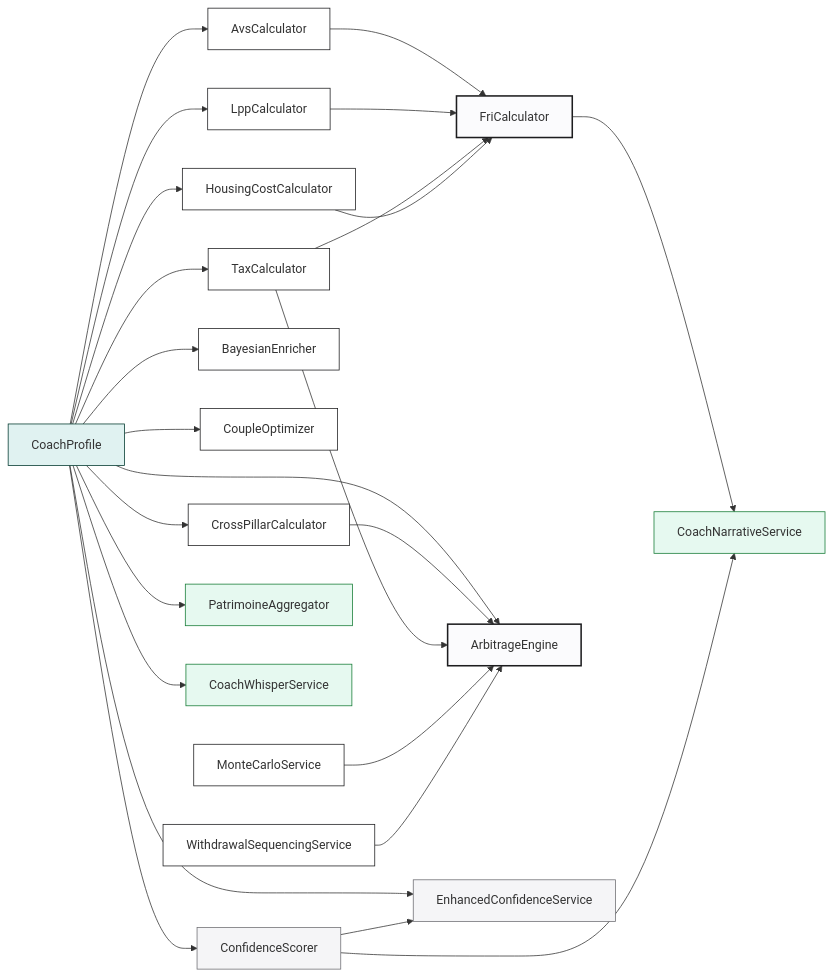
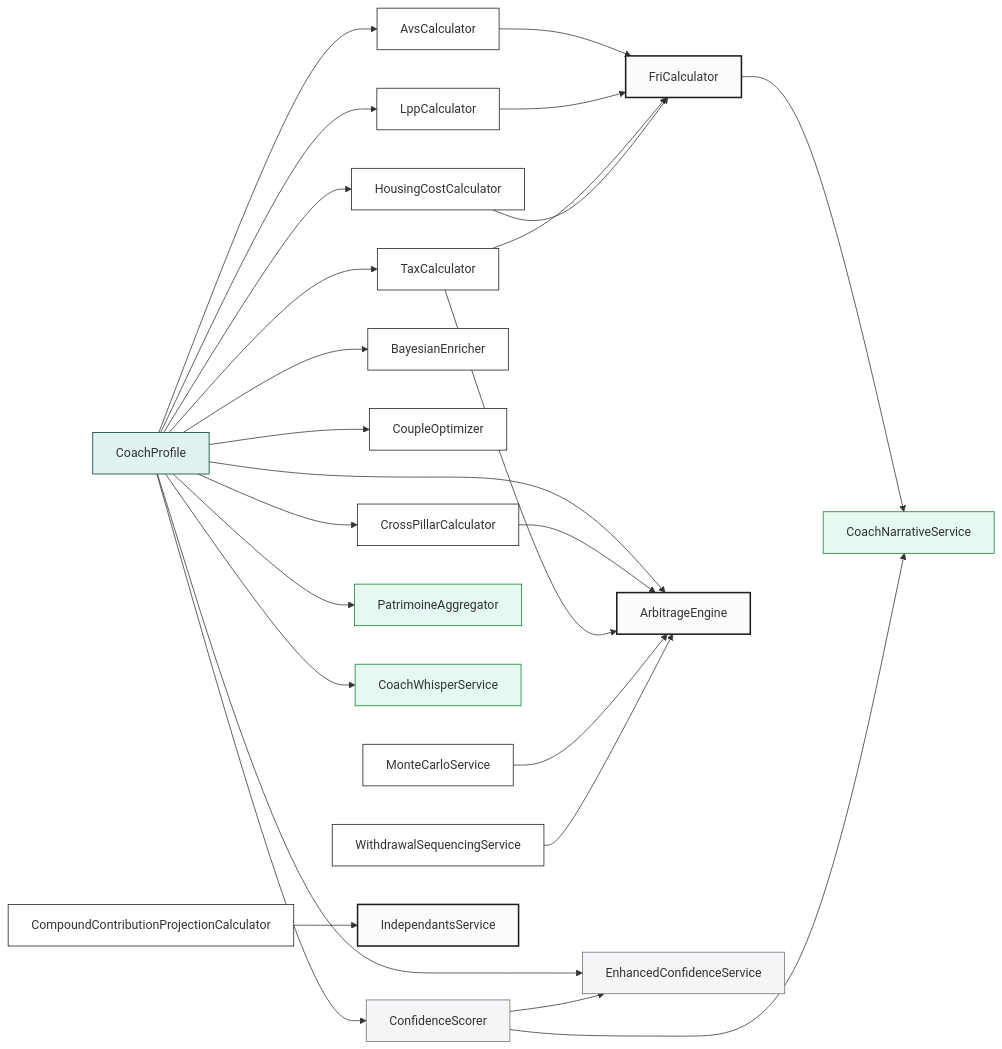
The diagram in docs/calculator-graph.md (MINT-IA/MINT), drawn with Mermaid before and after one commit. The commit also changed other lines of this file and 14 other files, not shown here.

````diff
--- a/docs/calculator-graph.md
+++ b/docs/calculator-graph.md
@@ -26,40 +26,41 @@
 ```mermaid
 flowchart LR
     PROFILE[CoachProfile]:::profile
 
     PROFILE --> AVS[AvsCalculator]:::calc
     PROFILE --> LPP[LppCalculator]:::calc
     PROFILE --> TAX[TaxCalculator]:::calc
     PROFILE --> HOUSING[HousingCostCalculator]:::calc
     PROFILE --> BAYESIAN[BayesianEnricher]:::calc
 
     AVS --> FRI[FriCalculator]:::composer
     LPP --> FRI
     TAX --> FRI
     HOUSING --> FRI
 
     PROFILE --> COUPLE[CoupleOptimizer]:::calc
     PROFILE --> CROSS[CrossPillarCalculator]:::calc
     PROFILE --> ARB[ArbitrageEngine]:::composer
     CROSS --> ARB
     TAX --> ARB
 
     PROFILE --> CONF[ConfidenceScorer]:::score
     PROFILE --> CONF_ENH[EnhancedConfidenceService]:::score
     CONF --> CONF_ENH
 
     PROFILE --> PAT[PatrimoineAggregator]:::ui
     PROFILE --> WHISPER[CoachWhisperService]:::ui
 
     FRI --> NAR[CoachNarrativeService]:::ui
     CONF --> NAR
 
     MC[MonteCarloService]:::calc --> ARB
     WITHDRAW[WithdrawalSequencingService]:::calc --> ARB
+    COMPOUND[CompoundContributionProjectionCalculator]:::calc --> INDEP[IndependantsService]:::composer
 
     classDef profile fill:#E0F2F1,stroke:#00382E
     classDef calc fill:#FFF,stroke:#1D1D1F
     classDef composer fill:#FBFBFD,stroke:#1D1D1F,stroke-width:2px
     classDef score fill:#F5F5F7,stroke:#6E6E73
     classDef ui fill:#E6F9F0,stroke:#157B35
 ```
````
